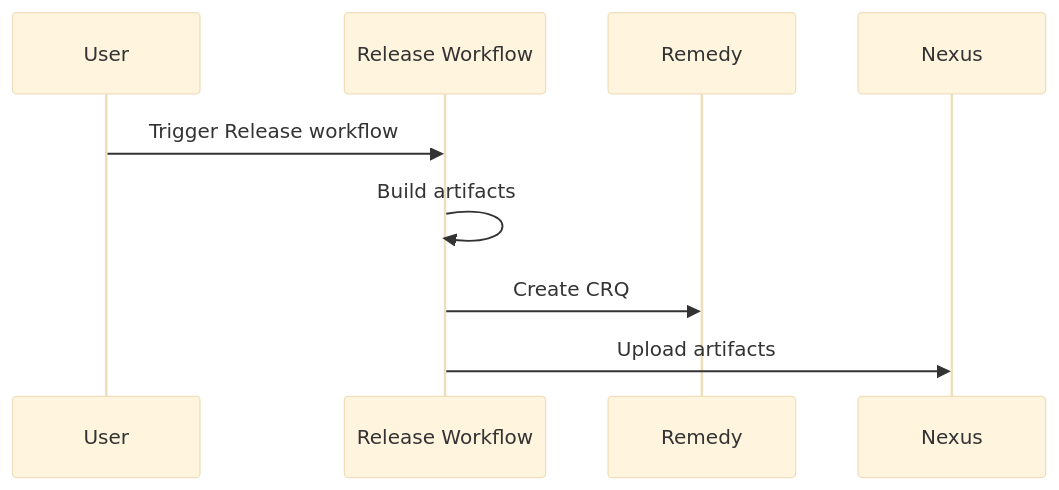
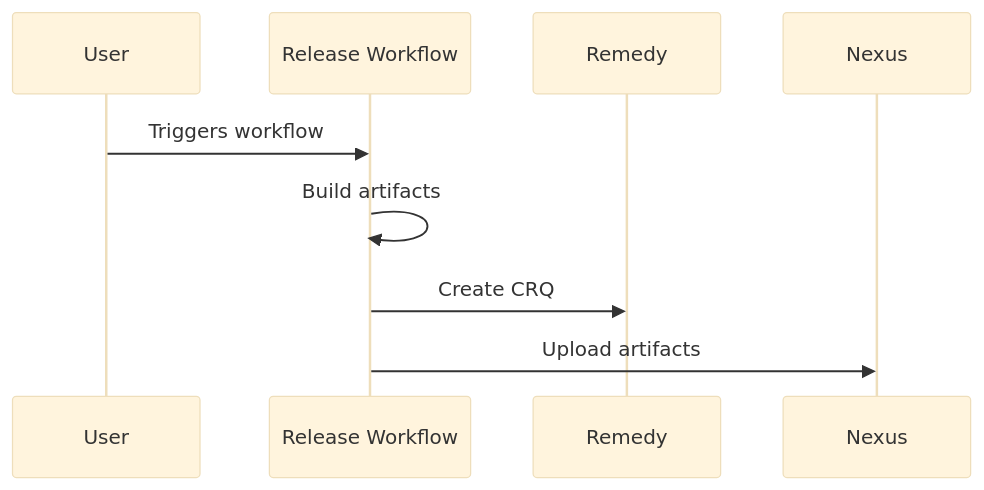
One commit to devarab1/Diagrams changed the second of 3 diagrams in README.md. Above: the diagram before and after it, drawn with Mermaid (base theme). The commit also changed other lines of this file, not shown here.

````diff
--- a/README.md
+++ b/README.md
@@ -20,12 +20,12 @@
 ```mermaid
 sequenceDiagram
     participant User
     participant Release Workflow
     participant Remedy
     participant Nexus
 
-    User->>Release Workflow: Trigger Release workflow
+    User->>Release Workflow: Triggers workflow
     Release Workflow->>Release Workflow: Build artifacts
     Release Workflow->>Remedy: Create CRQ
     Release Workflow->>Nexus: Upload artifacts
 ```
````
